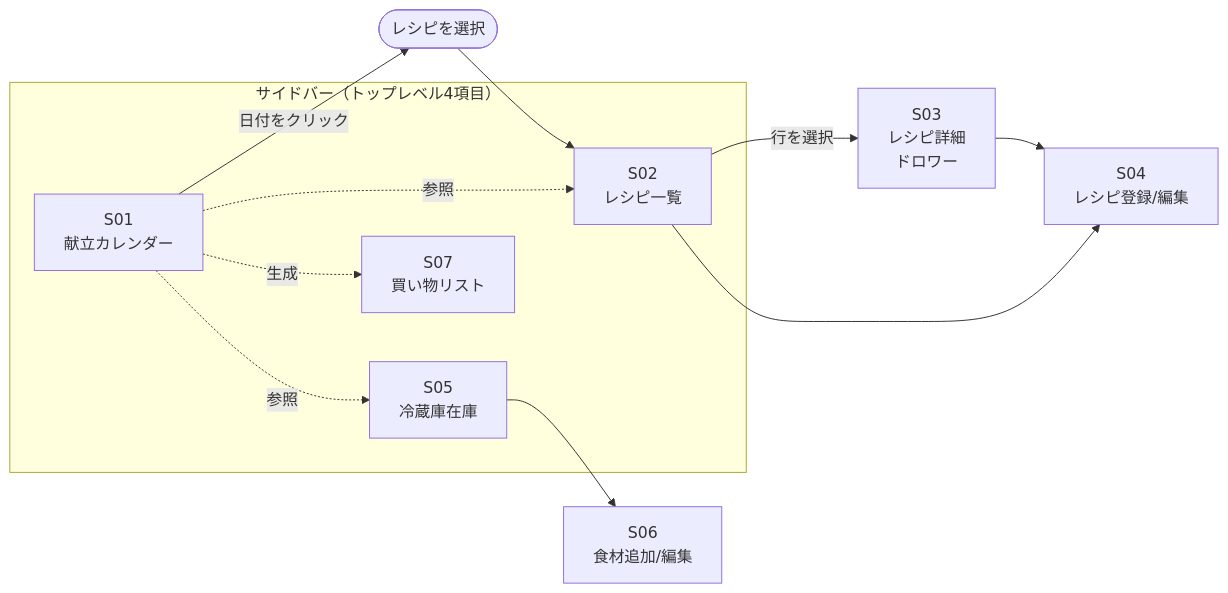
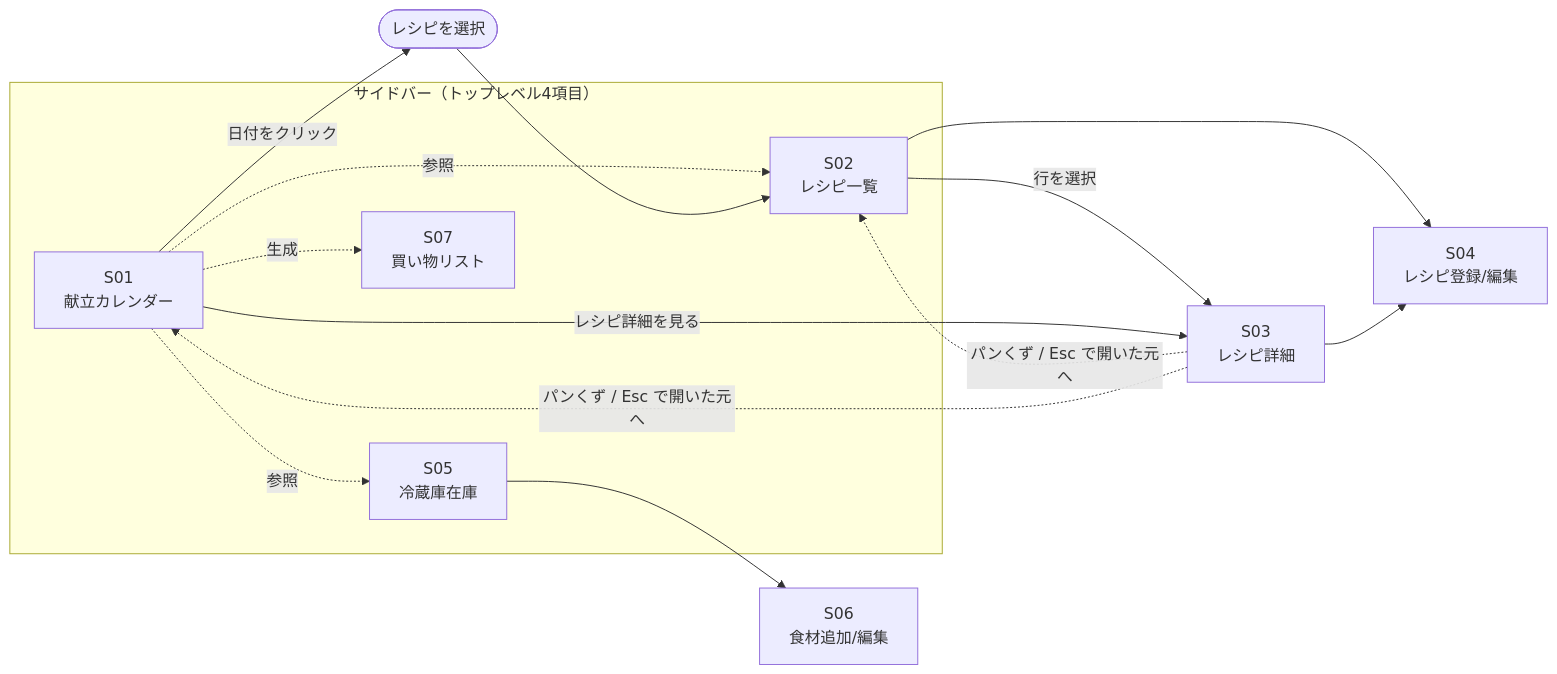
One commit to yito0000/meal-cycle changed the diagram in docs/product.md. Above: the diagram before and after it, drawn with Mermaid. The commit also changed other lines of this file and 26 other files, not shown here.

````diff
--- a/docs/product.md
+++ b/docs/product.md
@@ -92,21 +92,24 @@
 ```mermaid
 graph LR
     subgraph Nav["サイドバー（トップレベル4項目）"]
         S01[S01<br/>献立カレンダー]
         S02[S02<br/>レシピ一覧]
         S05[S05<br/>冷蔵庫在庫]
         S07[S07<br/>買い物リスト]
     end
 
     S01 -.参照.-> S02
     S01 -.参照.-> S05
     S01 -->|日付をクリック| PickRecipe([レシピを選択])
     PickRecipe --> S02
     S01 -.生成.-> S07
 
-    S02 -->|行を選択| S03[S03<br/>レシピ詳細<br/>ドロワー]
+    S02 -->|行を選択| S03[S03<br/>レシピ詳細]
+    S01 -->|レシピ詳細を見る| S03
+    S03 -.パンくず / Esc で開いた元へ.-> S02
+    S03 -.パンくず / Esc で開いた元へ.-> S01
     S02 --> S04[S04<br/>レシピ登録/編集]
     S03 --> S04
 
     S05 --> S06[S06<br/>食材追加/編集]
 ```
````
